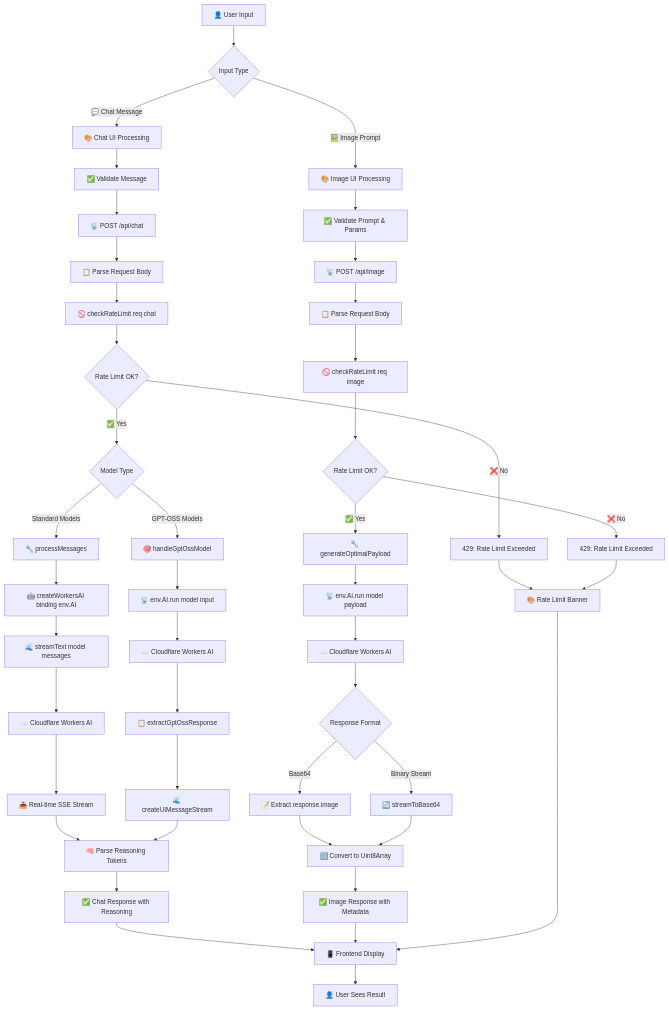
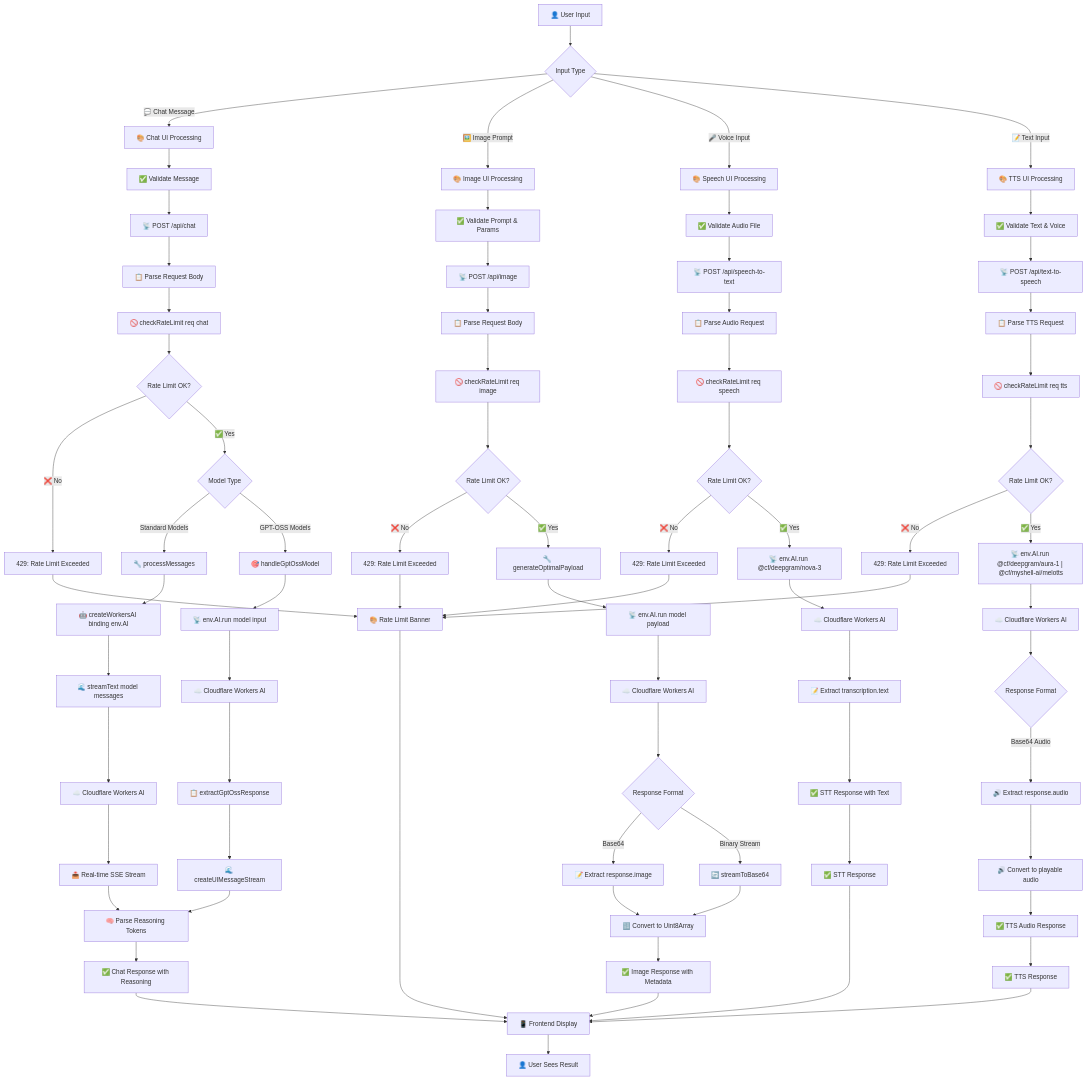
Before and after one commit to devhims/opengpt: the second of 2 diagrams in README.md, drawn with Mermaid. The commit also changed other lines of this file and 1 other file, not shown here.

First line of the commit message:
feat: enhance README with speech capabilities and updated features

```diff
--- a/README.md
+++ b/README.md
@@ -225,6 +257,32 @@
     ImageOptimal --> ImageDirectRun2["📡 env.AI.run model payload"]
     ImageDirectRun2 --> ImageWorkers[☁️ Cloudflare Workers AI]
 
+    %% Speech Path
+    InputType -->|🎤 Voice Input| SpeechUI[🎨 Speech UI Processing]
+    InputType -->|📝 Text Input| TTSUI[🎨 TTS UI Processing]
+
+    SpeechUI --> SpeechValidate[✅ Validate Audio File]
+    SpeechValidate --> SpeechRequest[📡 POST /api/speech-to-text]
+
+    TTSUI --> TTSValidate[✅ Validate Text & Voice]
+    TTSValidate --> TTSRequest[📡 POST /api/text-to-speech]
+
+    SpeechRequest --> SpeechParse[📋 Parse Audio Request]
+    SpeechParse --> SpeechRateLimit["🚫 checkRateLimit req speech"]
+    SpeechRateLimit --> SpeechRateCheck{Rate Limit OK?}
+
+    TTSRequest --> TTSParse[📋 Parse TTS Request]
+    TTSParse --> TTSRateLimit["🚫 checkRateLimit req tts"]
+    TTSRateLimit --> TTSRateCheck{Rate Limit OK?}
+
+    SpeechRateCheck -->|❌ No| SpeechRateError[429: Rate Limit Exceeded]
+    SpeechRateCheck -->|✅ Yes| SpeechDirectRun["📡 env.AI.run @cf/deepgram/nova-3"]
+    SpeechDirectRun --> SpeechWorkers[☁️ Cloudflare Workers AI]
+
+    TTSRateCheck -->|❌ No| TTSRateError[429: Rate Limit Exceeded]
+    TTSRateCheck -->|✅ Yes| TTSDirectRun["📡 env.AI.run @cf/deepgram/aura-1 | @cf/myshell-ai/melotts"]
+    TTSDirectRun --> TTSWorkers[☁️ Cloudflare Workers AI]
+
     %% Image Response Processing
     ImageWorkers --> ImageFormat{Response Format}
     ImageFormat -->|Base64| ImageBase64[📝 Extract response.image]
@@ -232,20 +290,35 @@
     ImageBase64 --> ImageConvert[🔢 Convert to Uint8Array]
     ImageBinary --> ImageConvert
 
+    %% Speech Response Processing
+    SpeechWorkers --> SpeechExtract[📝 Extract transcription.text]
+    SpeechExtract --> SpeechSuccess[✅ STT Response with Text]
+
+    TTSWorkers --> TTSFormat{Response Format}
+    TTSFormat -->|Base64 Audio| TTSAudio[🔊 Extract response.audio]
+    TTSAudio --> TTSConvert[🔊 Convert to playable audio]
+    TTSConvert --> TTSSuccess[✅ TTS Audio Response]
+
     %% Success Responses
     ChatStream --> ChatReasoning[🧠 Parse Reasoning Tokens]
     ChatEmulated --> ChatReasoning
     ChatReasoning --> ChatSuccess[✅ Chat Response with Reasoning]
 
     ImageConvert --> ImageSuccess[✅ Image Response with Metadata]
+    SpeechSuccess --> SpeechFinal[✅ STT Response]
+    TTSSuccess --> TTSFinal[✅ TTS Response]
 
     %% Error Handling
     ChatRateError --> ErrorDisplay[🎨 Rate Limit Banner]
     ImageRateError --> ErrorDisplay
+    SpeechRateError --> ErrorDisplay
+    TTSRateError --> ErrorDisplay
 
     %% Final Display
     ChatSuccess --> FinalDisplay[📱 Frontend Display]
     ImageSuccess --> FinalDisplay
+    SpeechFinal --> FinalDisplay
+    TTSFinal --> FinalDisplay
     ErrorDisplay --> FinalDisplay
 
     FinalDisplay --> UserExperience[👤 User Sees Result]
```
